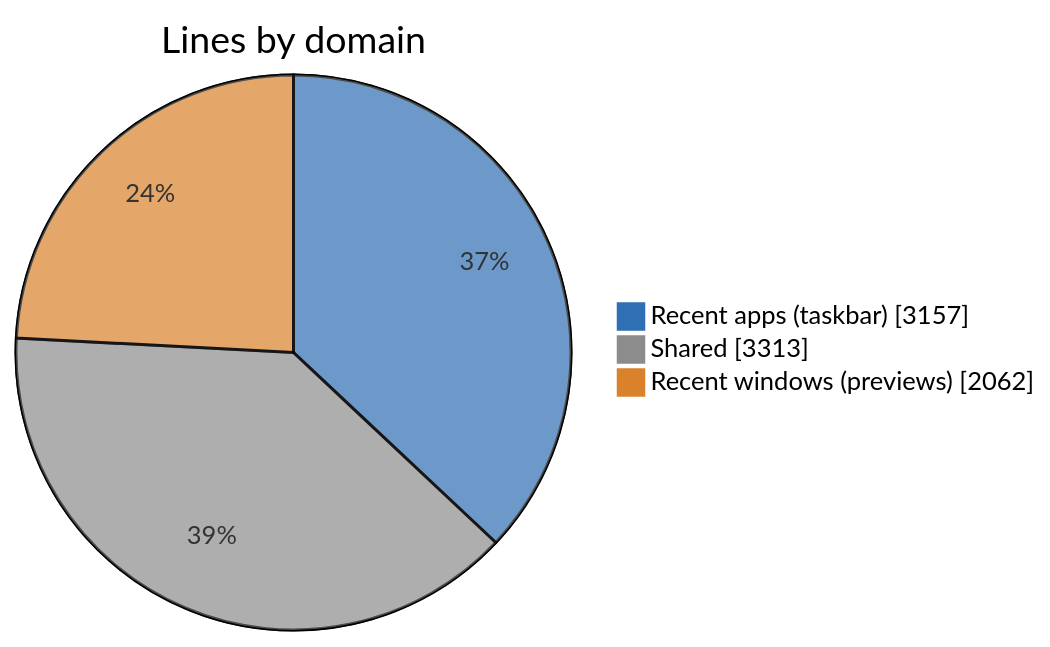
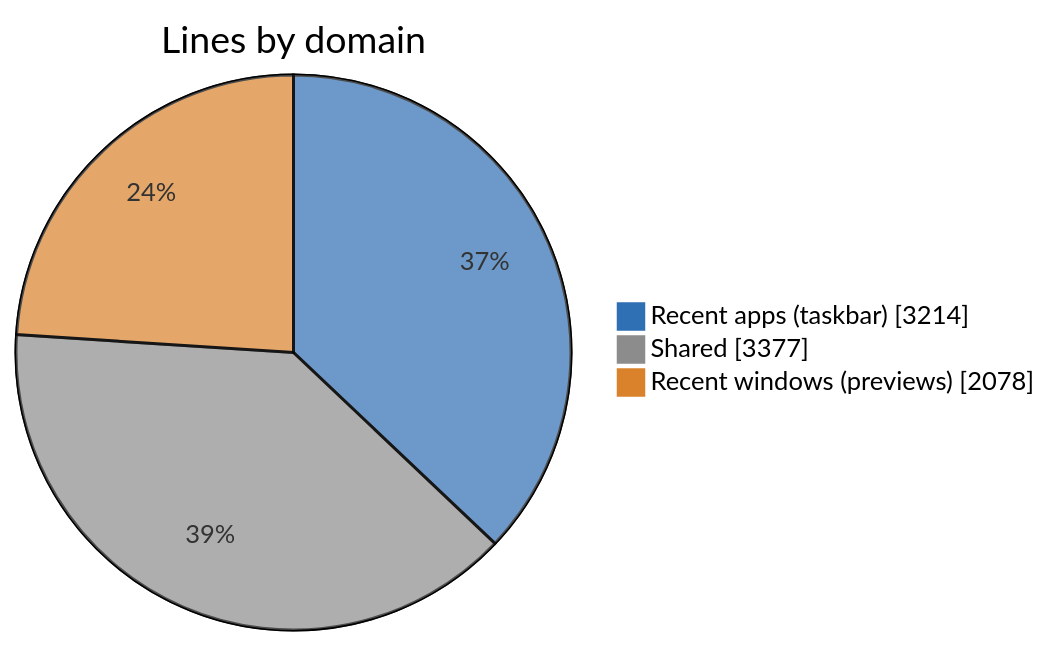
One commit to jvlasek/taskbar-recent-focus-highlight changed the first of 5 diagrams in doc/code/code-breakdown.md. Above: the diagram before and after it, drawn with Mermaid. The commit also changed other lines of this file and 13 other files, not shown here.

````diff
--- a/doc/code/code-breakdown.md
+++ b/doc/code/code-breakdown.md
@@ -15,7 +15,7 @@
 ```mermaid
 %%{init: {"themeVariables": {"pie1": "#2F6FB3", "pie2": "#8C8C8C", "pie3": "#D9822B", "pieOuterStrokeWidth": "1px"}}}%%
 pie showData title Lines by domain
-    "Recent apps (taskbar)" : 3157
-    "Shared" : 3313
-    "Recent windows (previews)" : 2062
+    "Recent apps (taskbar)" : 3214
+    "Shared" : 3377
+    "Recent windows (previews)" : 2078
 ```
````
